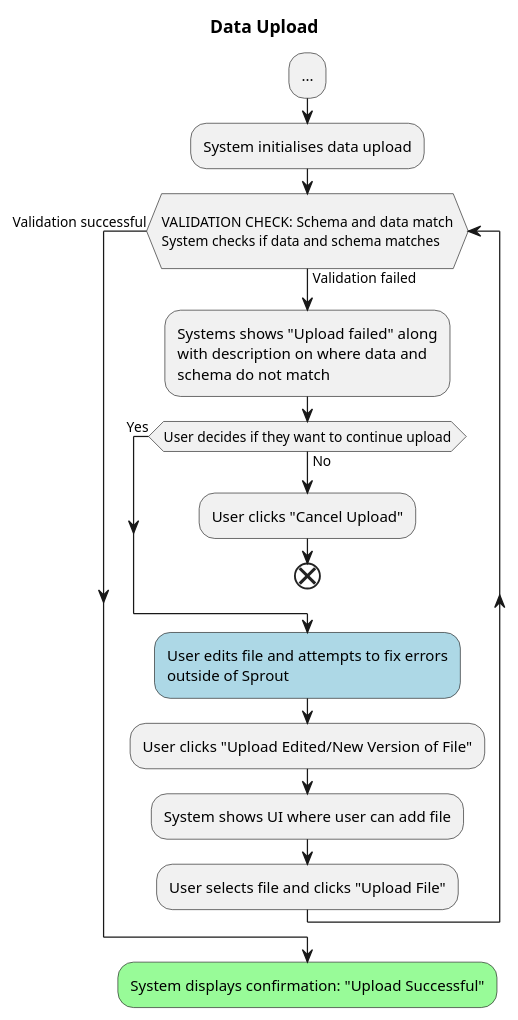
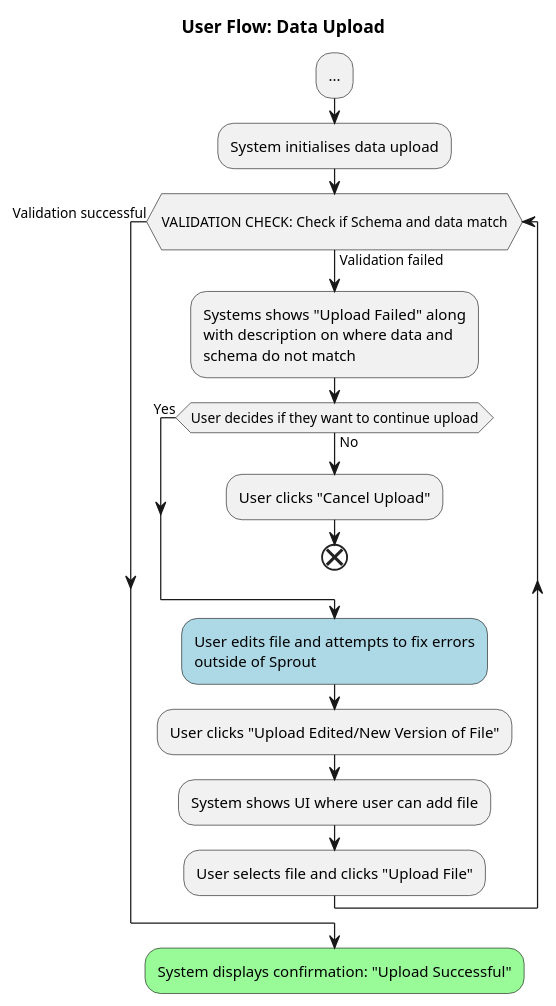
The diagram in docs/design/images/user-flow-data-upload.puml (signekb/seedcase-sprout), drawn with PlantUML before and after one commit. The commit also changed 2 other files, not shown here.

Commit message:
fix: Minor fixes to user flow diagrams based on review from @lwjohnst86

```diff
--- a/docs/design/images/user-flow-data-upload.puml
+++ b/docs/design/images/user-flow-data-upload.puml
@@ -1,21 +1,21 @@
 @startuml user-flow-data-upload
 
-title Data Upload
+title User Flow: Data Upload
 
 :...;
 :System initialises data upload;
-while (\nVALIDATION CHECK: Schema and data match\nSystem checks if data and schema matches\n) is (Validation failed)
-:Systems shows "Upload failed" along\nwith description on where data and\nschema do not match;
+while (\nVALIDATION CHECK: Check if Schema and data match\n) is (Validation failed)
+:Systems shows "Upload Failed" along\nwith description on where data and\nschema do not match;
     while (User decides if they want to continue upload) is (No)
         :User clicks "Cancel Upload";
         end
     end while (Yes);
     #LightBlue:User edits file and attempts to fix errors\noutside of Sprout;
     :User clicks "Upload Edited/New Version of File";
     :System shows UI where user can add file; 
     :User selects file and clicks "Upload File";
 
 end while (Validation successful);
 #palegreen:System displays confirmation: "Upload Successful";
 
 @enduml
```
